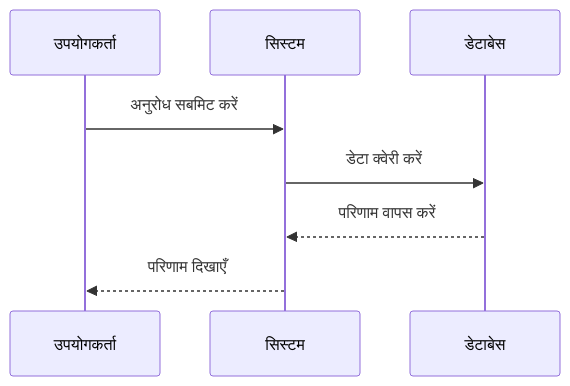
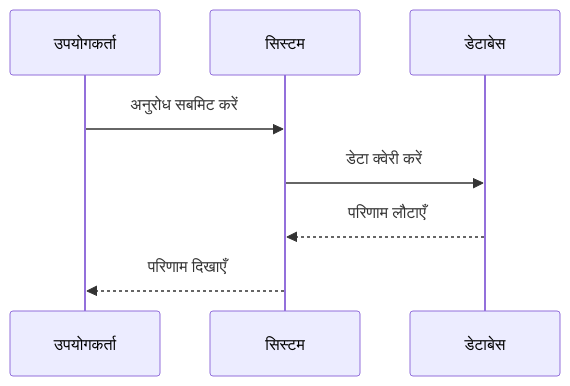
The second of 7 diagrams in .czon/src/hi-IN/8938d6aac9c056c06137a041b8e82379bfb619bb6d435b9ecec515337dd0cd69.md (zccz14/CZON), drawn with Mermaid before and after one commit. The commit also changed other lines of this file and 148 other files, not shown here.

````diff
--- a/.czon/src/hi-IN/8938d6aac9c056c06137a041b8e82379bfb619bb6d435b9ecec515337dd0cd69.md
+++ b/.czon/src/hi-IN/8938d6aac9c056c06137a041b8e82379bfb619bb6d435b9ecec515337dd0cd69.md
@@ -38,11 +37,11 @@
 ```mermaid
 sequenceDiagram
     participant उपयोगकर्ता
     participant सिस्टम
     participant डेटाबेस
 
     उपयोगकर्ता->>सिस्टम: अनुरोध सबमिट करें
     सिस्टम->>डेटाबेस: डेटा क्वेरी करें
-    डेटाबेस-->>सिस्टम: परिणाम वापस करें
+    डेटाबेस-->>सिस्टम: परिणाम लौटाएँ
     सिस्टम-->>उपयोगकर्ता: परिणाम दिखाएँ
 ```
````
